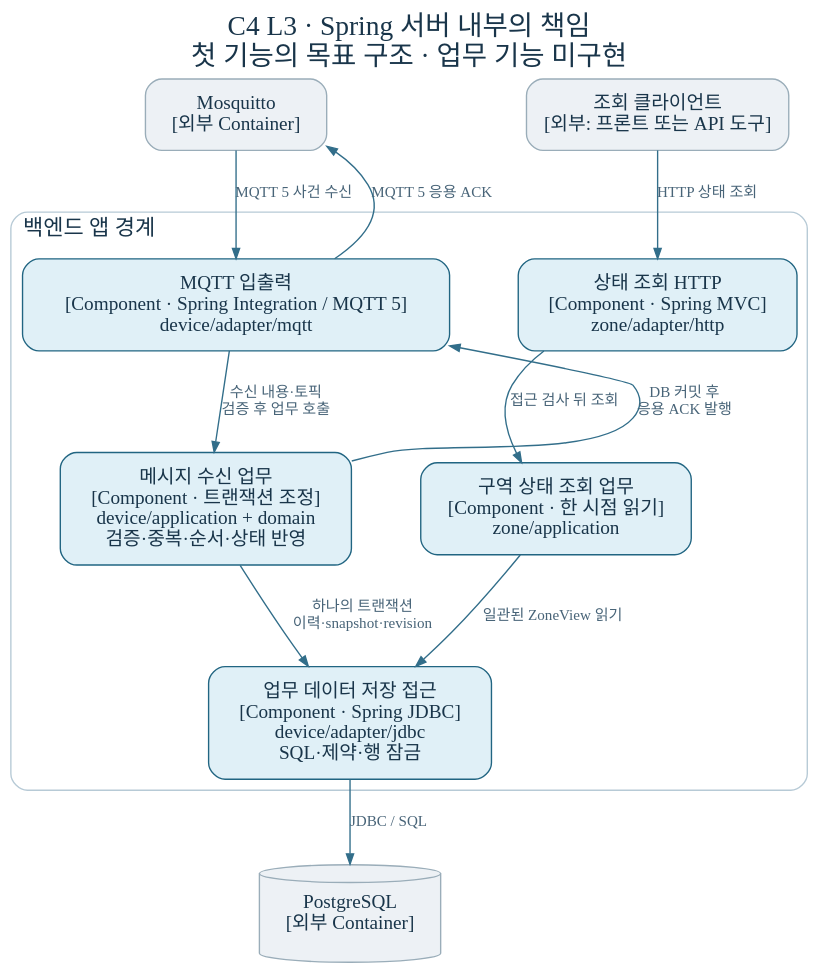
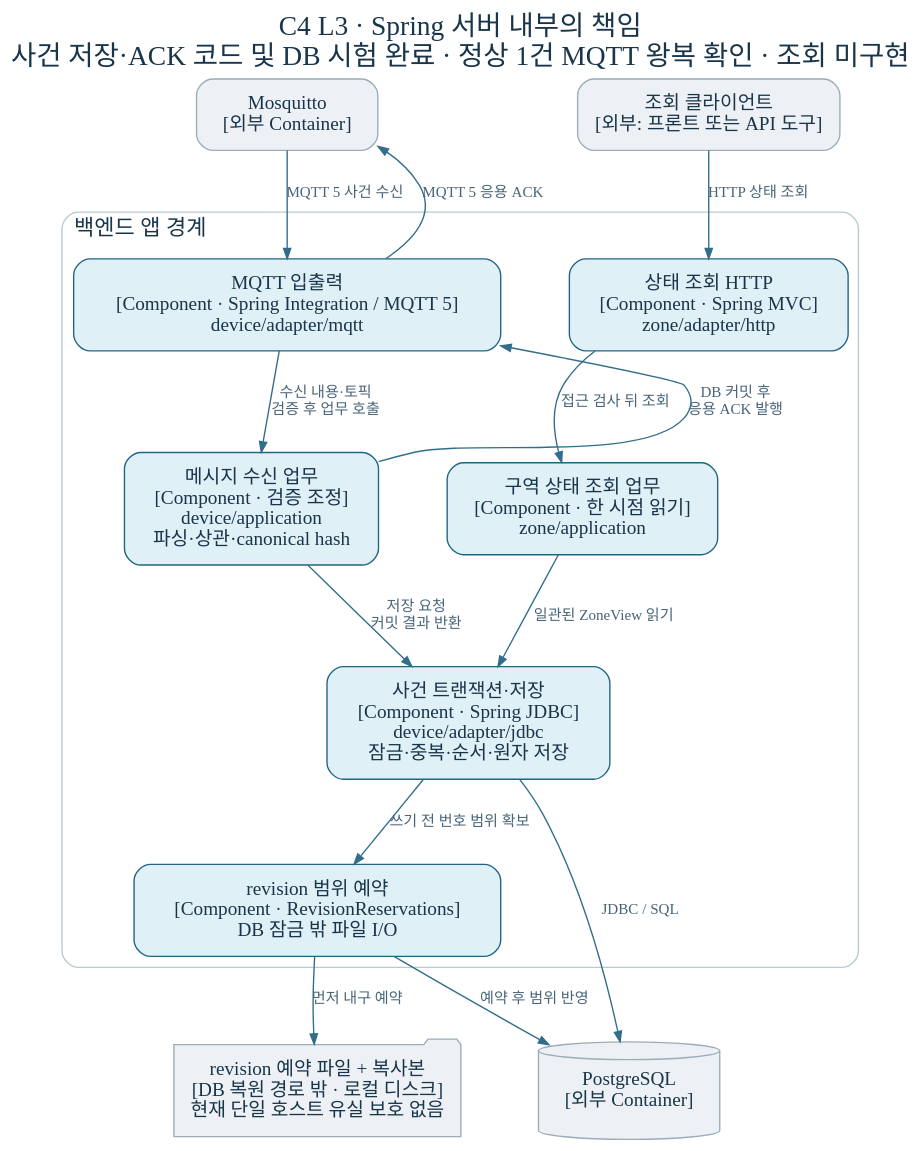
The diagram in docs/diagrams/03-components.dot (yh4752/illegal-parking-detection), drawn with Graphviz before and after one commit. The commit also changed 70 other files, not shown here.

```diff
--- a/docs/diagrams/03-components.dot
+++ b/docs/diagrams/03-components.dot
@@ -1,28 +1,33 @@
 digraph Components {
-  graph [rankdir=TB, bgcolor="transparent", pad="0.4", nodesep="0.7", ranksep="0.7", fontname="Apple SD Gothic Neo", label="C4 L3 · Spring 서버 내부의 책임\n첫 기능의 목표 구조 · 업무 기능 미구현", labelloc=t, fontsize=20, fontcolor="#19354a"];
+  graph [rankdir=TB, bgcolor="transparent", pad="0.4", nodesep="0.7", ranksep="0.7", fontname="Apple SD Gothic Neo", label="C4 L3 · Spring 서버 내부의 책임\n사건 저장·ACK 코드 및 DB 시험 완료 · 정상 1건 MQTT 왕복 확인 · 조회 미구현", labelloc=t, fontsize=20, fontcolor="#19354a"];
   node [shape=box, style="rounded,filled", fontname="Apple SD Gothic Neo", fontsize=14, margin="0.2,0.15", color="#216582", fillcolor="#e0f0f7", fontcolor="#19354a"];
   edge [fontname="Apple SD Gothic Neo", fontsize=11, color="#326e8a", fontcolor="#486478", arrowsize=0.75];
   broker [label="Mosquitto\n[외부 Container]", fillcolor="#edf1f5", color="#9aadb9"];
   client [label="조회 클라이언트\n[외부: 프론트 또는 API 도구]", fillcolor="#edf1f5", color="#9aadb9"];
   db [shape=cylinder, label="PostgreSQL\n[외부 Container]", fillcolor="#edf1f5", color="#9aadb9"];
+  manifest [shape=folder, label="revision 예약 파일 + 복사본\n[DB 복원 경로 밖 · 로컬 디스크]\n현재 단일 호스트 유실 보호 없음", fillcolor="#edf1f5", color="#9aadb9"];
   {rank=same;broker;client;}
   subgraph cluster_backend {
     label="백엔드 앱 경계"; labeljust=l; color="#b7cad6"; style=rounded; fontsize=16;
     mqtt [label="MQTT 입출력\n[Component · Spring Integration / MQTT 5]\ndevice/adapter/mqtt"];
     api [label="상태 조회 HTTP\n[Component · Spring MVC]\nzone/adapter/http"];
-    ingest [label="메시지 수신 업무\n[Component · 트랜잭션 조정]\ndevice/application + domain\n검증·중복·순서·상태 반영"];
+    ingest [label="메시지 수신 업무\n[Component · 검증 조정]\ndevice/application\n파싱·상관·canonical hash"];
     query [label="구역 상태 조회 업무\n[Component · 한 시점 읽기]\nzone/application"];
-    repo [label="업무 데이터 저장 접근\n[Component · Spring JDBC]\ndevice/adapter/jdbc\nSQL·제약·행 잠금"];
+    repo [label="사건 트랜잭션·저장\n[Component · Spring JDBC]\ndevice/adapter/jdbc\n잠금·중복·순서·원자 저장"];
+    reservation [label="revision 범위 예약\n[Component · RevisionReservations]\nDB 잠금 밖 파일 I/O"];
     {rank=same;mqtt;api;}
     {rank=same;ingest;query;}
     mqtt -> ingest [label="수신 내용·토픽\n검증 후 업무 호출"];
     ingest -> mqtt [label="DB 커밋 후\n응용 ACK 발행", constraint=false];
     api -> query [label="접근 검사 뒤 조회"];
-    ingest -> repo [label="하나의 트랜잭션\n이력·snapshot·revision"];
+    ingest -> repo [label="저장 요청\n커밋 결과 반환"];
+    repo -> reservation [label="쓰기 전 번호 범위 확보"];
     query -> repo [label="일관된 ZoneView 읽기"];
   }
   broker -> mqtt [label="MQTT 5 사건 수신"];
   mqtt -> broker [label="MQTT 5 응용 ACK", constraint=false];
   client -> api [label="HTTP 상태 조회"];
   repo -> db [label="JDBC / SQL"];
+  reservation -> manifest [label="먼저 내구 예약"];
+  reservation -> db [label="예약 후 범위 반영"];
 }
```
